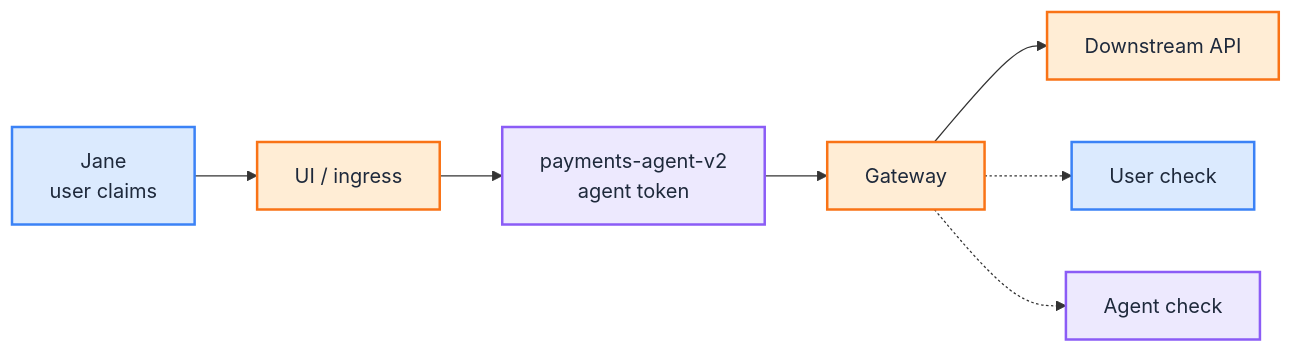
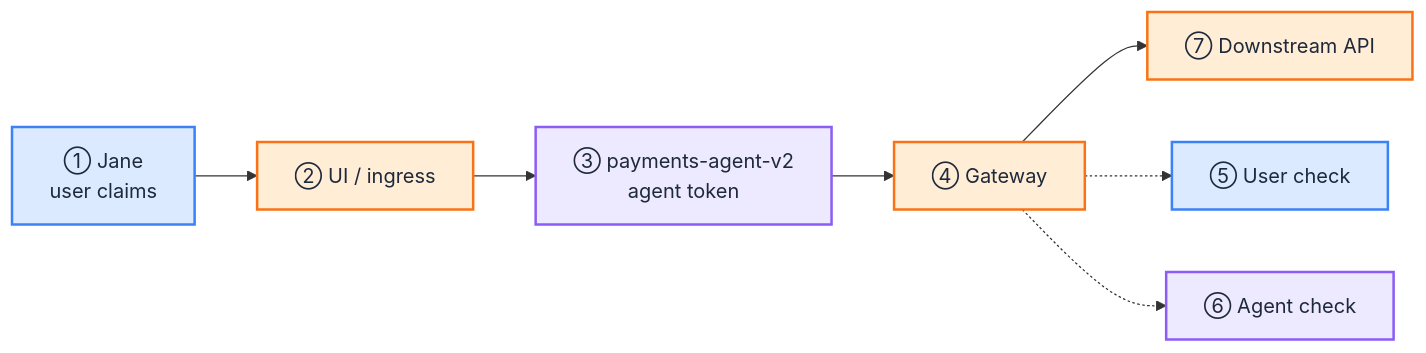
The first of 3 diagrams in docs/insights/2026-08-06-agent-identity/agent-identity.mdx (iamsharmajitender/gain), drawn with Mermaid before and after one commit. The commit also changed other lines of this file and 30 other files, not shown here.

````diff
--- a/docs/insights/2026-08-06-agent-identity/agent-identity.mdx
+++ b/docs/insights/2026-08-06-agent-identity/agent-identity.mdx
@@ -68,18 +68,18 @@
 ```mermaid
 flowchart LR
-    Jane["Jane<br/>user claims"] --> UI[UI / ingress]
-    UI --> Agent["payments-agent-v2<br/>agent token"]
-    Agent --> GW[Gateway]
-    GW --> API[Downstream API]
+    Jane["① Jane<br/>user claims"] --> UI["② UI / ingress"]
+    UI --> Agent["③ payments-agent-v2<br/>agent token"]
+    Agent --> GW["④ Gateway"]
+    GW --> API["⑦ Downstream API"]
 
-    GW -.-> CheckU["User check"]
-    GW -.-> CheckA["Agent check"]
+    GW -.-> CheckU["⑤ User check"]
+    GW -.-> CheckA["⑥ Agent check"]
 
     classDef user fill:#dbeafe,stroke:#3b82f6,color:#1e293b,stroke-width:2px
     classDef agent fill:#ede9fe,stroke:#8b5cf6,color:#1e293b,stroke-width:2px
     classDef gate fill:#ffedd5,stroke:#f97316,color:#1e293b,stroke-width:2px
 
     class Jane,CheckU user
     class Agent,CheckA agent
     class GW,UI,API gate
 ```
````
